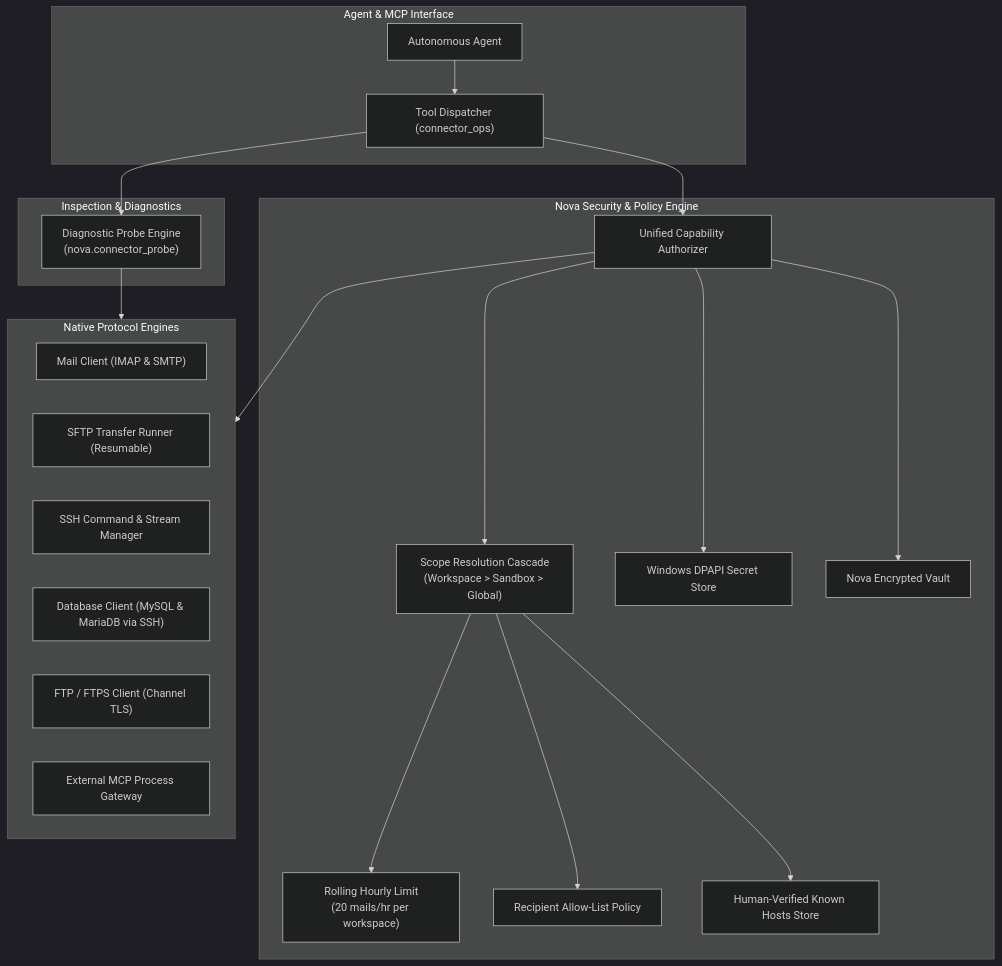
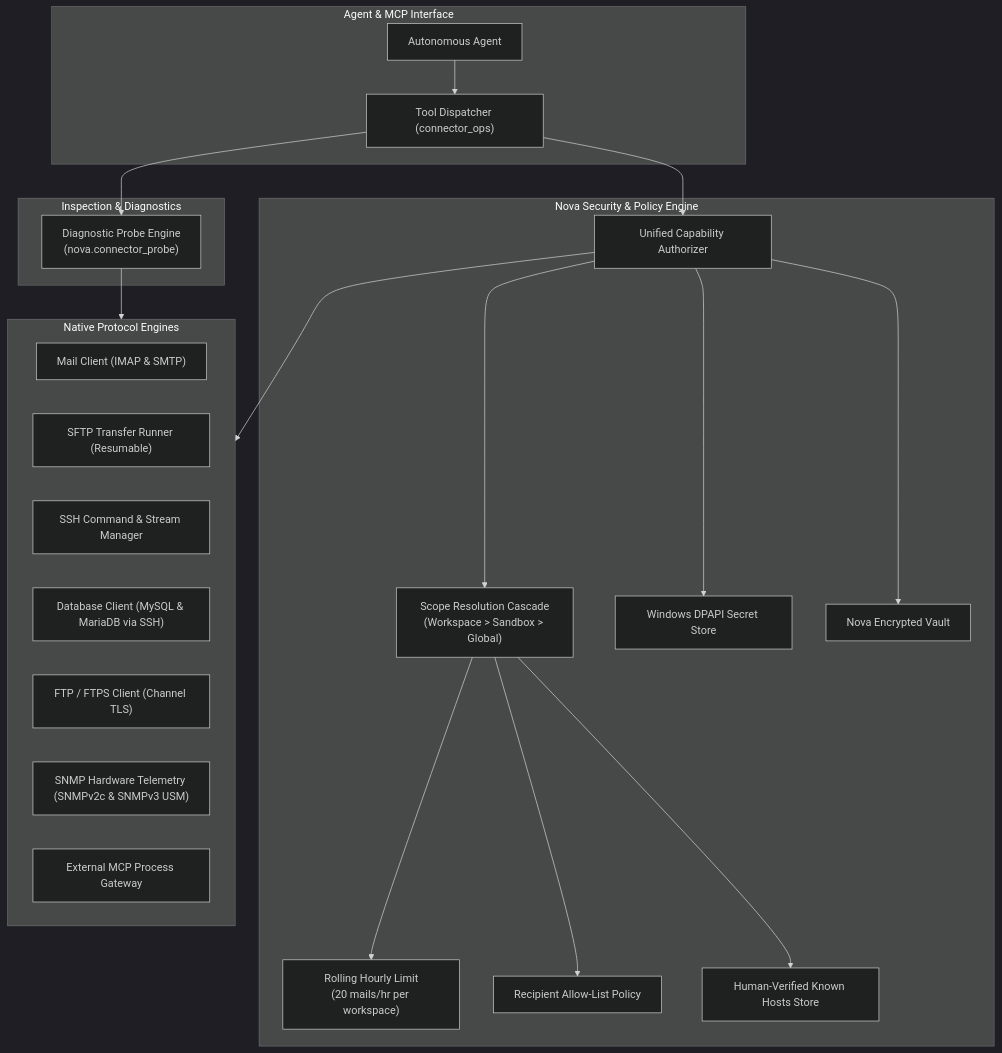
The first of 4 diagrams in docs/core-features/connectors/README.md (joelaniol/nova), drawn with Mermaid (dark theme) before and after one commit. The commit also changed other lines of this file and 35 other files, not shown here.

Commit message:
docs: core features architecture guides, user guides, connectors, and changelog update

````diff
--- a/docs/core-features/connectors/README.md
+++ b/docs/core-features/connectors/README.md
@@ -7,44 +7,45 @@
 ```mermaid
 flowchart TD
     subgraph AgentLayer["Agent & MCP Interface"]
         Agent["Autonomous Agent"]
         MCPTool["Tool Dispatcher (connector_ops)"]
     end
 
     subgraph SecurityCore["Nova Security & Policy Engine"]
         Authorizer["Unified Capability Authorizer"]
         ScopeCascade["Scope Resolution Cascade\n(Workspace > Sandbox > Global)"]
         HourlyLimit["Rolling Hourly Limit\n(20 mails/hr per workspace)"]
         RecipientGate["Recipient Allow-List Policy"]
         HostKeyStore["Human-Verified Known Hosts Store"]
         DPAPI["Windows DPAPI Secret Store"]
         VaultStore["Nova Encrypted Vault"]
     end
 
     subgraph Diagnostics["Inspection & Diagnostics"]
         Probe["Diagnostic Probe Engine\n(nova.connector_probe)"]
     end
 
     subgraph ProtocolEngines["Native Protocol Engines"]
         MailEngine["Mail Client (IMAP & SMTP)"]
         SftpEngine["SFTP Transfer Runner (Resumable)"]
         SshEngine["SSH Command & Stream Manager"]
         DbEngine["Database Client (MySQL & MariaDB via SSH)"]
         FtpEngine["FTP / FTPS Client (Channel TLS)"]
+        SnmpEngine["SNMP Hardware Telemetry (SNMPv2c & SNMPv3 USM)"]
         ExternalMcp["External MCP Process Gateway"]
     end
 
     Agent --> MCPTool
     MCPTool --> Authorizer
     Authorizer --> ScopeCascade
     ScopeCascade --> HourlyLimit
     ScopeCascade --> RecipientGate
     ScopeCascade --> HostKeyStore
     Authorizer --> DPAPI
     Authorizer --> VaultStore
 
     MCPTool --> Probe
     Probe --> ProtocolEngines
 
     Authorizer --> ProtocolEngines
 ```
````
